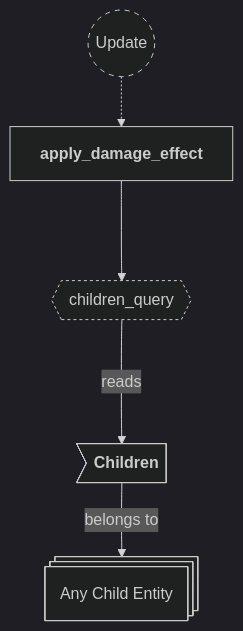
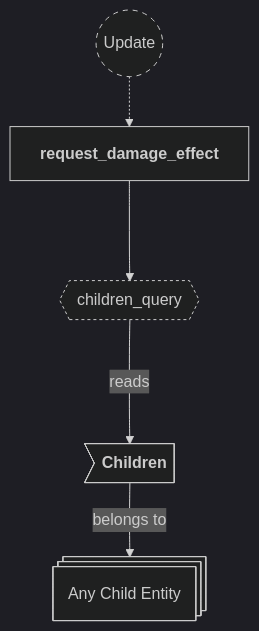
One commit to neurosoup/tyled changed diagram 11 of 22 in backlog/docs/doc-10 - 008-Effects-plugin.md. Above: the diagram before and after it, drawn with Mermaid. The commit also changed other lines of this file and 3 other files, not shown here.

First line of the commit message:
Docs: rewrite doc-11 damage plugin, diagrams in doc-10; rename effect request systems

````diff
--- a/backlog/docs/doc-10 - 008-Effects-plugin.md
+++ b/backlog/docs/doc-10 - 008-Effects-plugin.md
@@ -489,24 +578,24 @@
 ```mermaid
 ---
 config:
   theme: dark
 ---
 
 flowchart TD
 classDef system-group stroke-dasharray: 5 5
 classDef query stroke-dasharray: 3 3
 
 update(("`Update`")):::system-group
-apply_damage_effect["`**apply_damage_effect**`"]
+request_damage_effect["`**request_damage_effect**`"]
 
-update -.-> apply_damage_effect
+update -.-> request_damage_effect
 
 children_query{{"`children_query`"}}:::query
-apply_damage_effect ---> children_query
+request_damage_effect ---> children_query
 
 child_entity@{ shape: st-rect, label: "Any Child Entity" }
 
 ch_children>"`**Children**`"] --> |belongs to| child_entity
 
 children_query ---> |reads| ch_children
 ```
````
